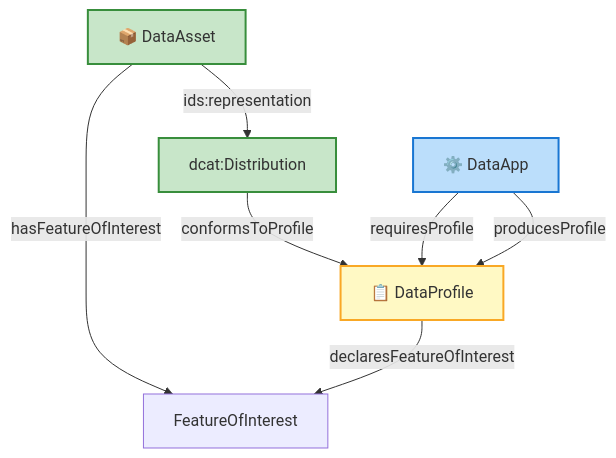
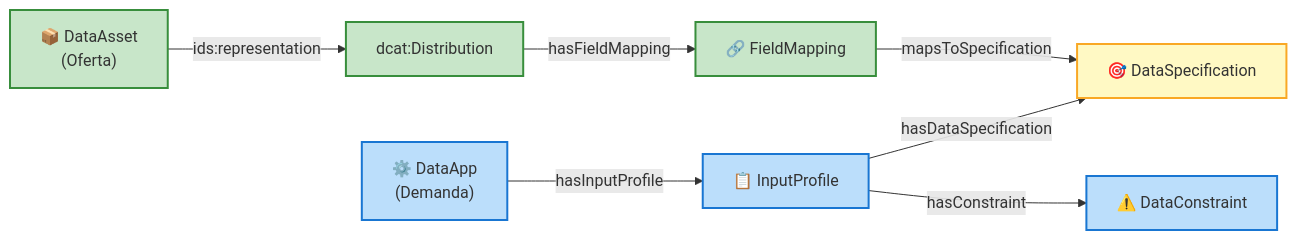
The third of 4 diagrams in docs/ONTOLOGY_OVERVIEW_DIAGRAM_ES.md (KhaosResearch/EDAAnOWL), drawn with Mermaid before and after one commit. The commit also changed other lines of this file and 9 other files, not shown here.

First line of the commit message:
docs: update architecture documentation and guides for v1.0.0

````diff
--- a/docs/ONTOLOGY_OVERVIEW_DIAGRAM_ES.md
+++ b/docs/ONTOLOGY_OVERVIEW_DIAGRAM_ES.md
@@ -82,23 +78,27 @@
 ```mermaid
-flowchart TD
-    classDef data fill:#c8e6c9,stroke:#388e3c,stroke-width:2px
-    classDef profile fill:#fff9c4,stroke:#f9a825,stroke-width:2px
-    classDef app fill:#bbdefb,stroke:#1976d2,stroke-width:2px
+flowchart LR
+    classDef supply fill:#c8e6c9,stroke:#388e3c,stroke-width:2px
+    classDef demand fill:#bbdefb,stroke:#1976d2,stroke-width:2px
+    classDef bridge fill:#fff9c4,stroke:#f9a825,stroke-width:2px
 
-    DA["📦 DataAsset"]
-    DIST["dcat:Distribution"]
-    DP["📋 DataProfile"]
-    APP["⚙️ DataApp"]
+    Asset["📦 DataAsset<br/>(Oferta)"]
+    Dist["dcat:Distribution"]
+    Mapping["🔗 FieldMapping"]
+    Spec["🎯 DataSpecification"]
+    
+    App["⚙️ DataApp<br/>(Demanda)"]
+    InProf["📋 InputProfile"]
+    Cons["⚠️ DataConstraint"]
 
-    DA -- "ids:representation" --> DIST
-    DA -- "hasFeatureOfInterest" --> FOI["FeatureOfInterest"]
-    DIST -- "conformsToProfile" --> DP
-    APP -- "requiresProfile" --> DP
-    APP -- "producesProfile" --> DP
-    DP -- "declaresFeatureOfInterest" --> FOI
+    Asset -- "ids:representation" --> Dist
+    Dist -- "hasFieldMapping" --> Mapping
+    Mapping -- "mapsToSpecification" --> Spec
+    
+    App -- "hasInputProfile" --> InProf
+    InProf -- "hasDataSpecification" --> Spec
+    InProf -- "hasConstraint" --> Cons
 
-    class DA data
-    class DIST data
-    class DP profile
-    class APP app
+    class Asset,Dist,Mapping supply
+    class App,InProf,Cons demand
+    class Spec bridge
 ```
````
